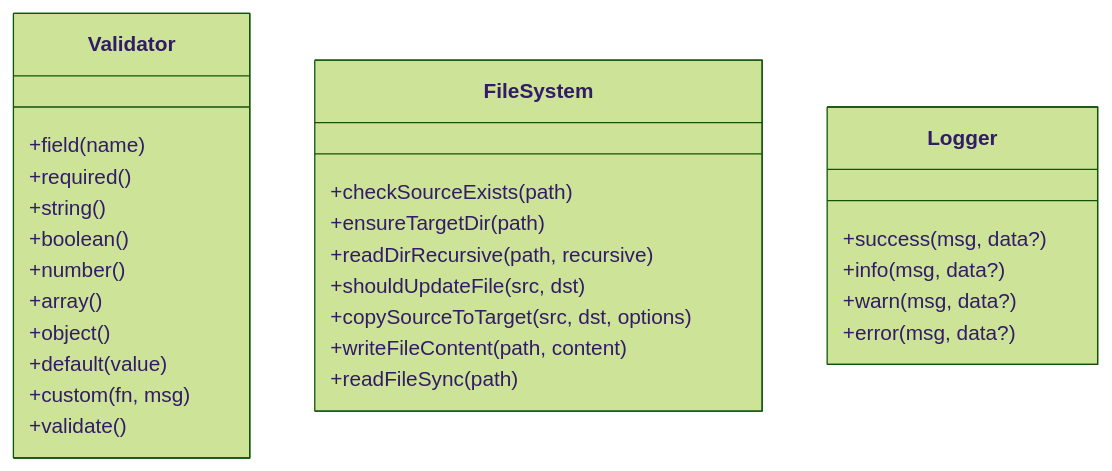
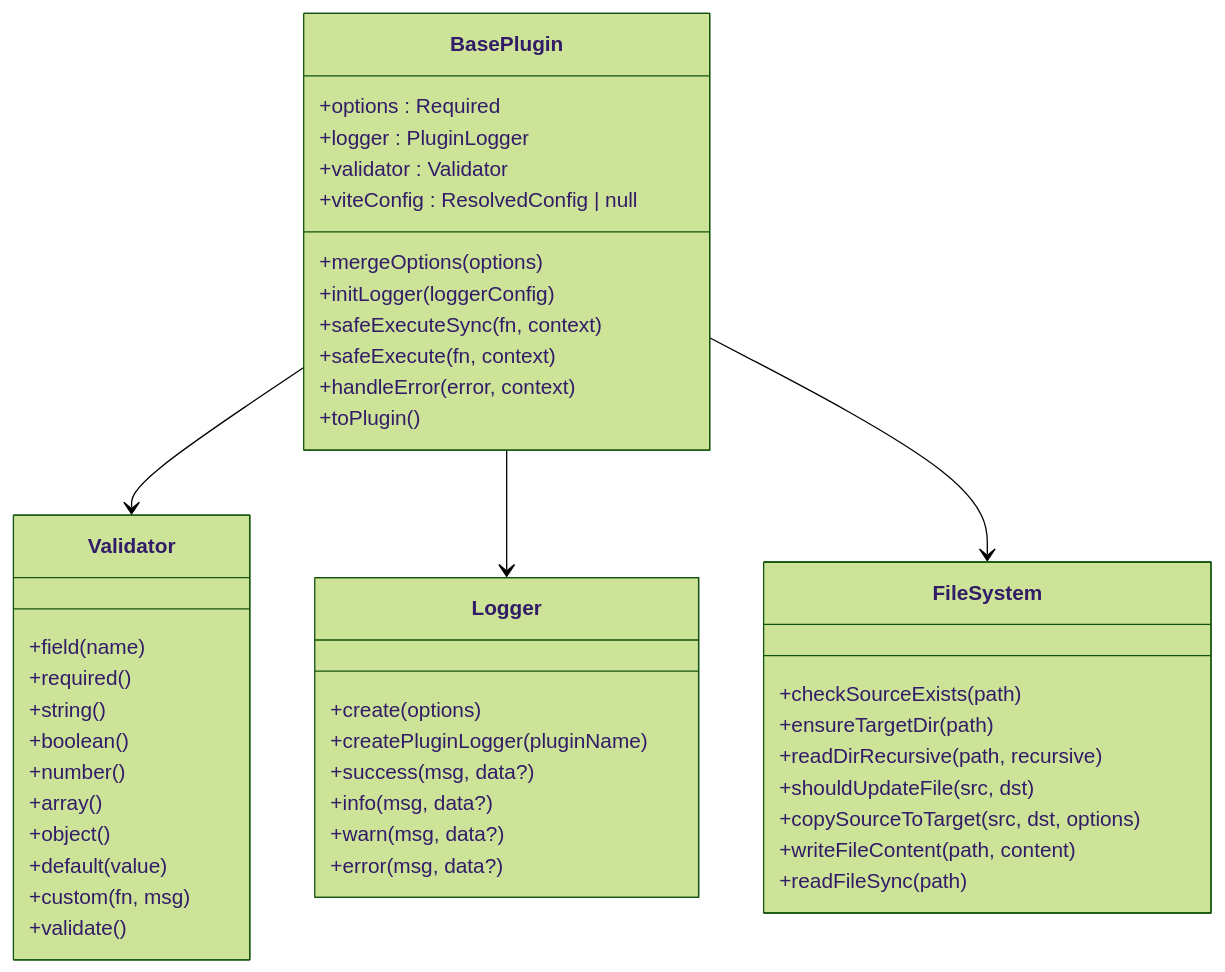
One commit to MengXi-Studio/vite-plugin changed the fifth of 6 diagrams in .qoder/repowiki/zh/content/故障排除.md. Above: the diagram before and after it, drawn with Mermaid (forest theme). The commit also changed other lines of this file and 6 other files, not shown here.

````diff
--- a/.qoder/repowiki/zh/content/故障排除.md
+++ b/.qoder/repowiki/zh/content/故障排除.md
@@ -224,30 +236,47 @@
 ```mermaid
 classDiagram
+class BasePlugin {
++options : Required<T>
++logger : PluginLogger
++validator : Validator<T>
++viteConfig : ResolvedConfig | null
++mergeOptions(options)
++initLogger(loggerConfig)
++safeExecuteSync(fn, context)
++safeExecute(fn, context)
++handleError(error, context)
++toPlugin()
+}
 class Validator {
 +field(name)
 +required()
 +string()
 +boolean()
 +number()
 +array()
 +object()
 +default(value)
 +custom(fn, msg)
 +validate()
 }
 class FileSystem {
 +checkSourceExists(path)
 +ensureTargetDir(path)
 +readDirRecursive(path, recursive)
 +shouldUpdateFile(src, dst)
 +copySourceToTarget(src, dst, options)
 +writeFileContent(path, content)
 +readFileSync(path)
 }
 class Logger {
++create(options)
++createPluginLogger(pluginName)
 +success(msg, data?)
 +info(msg, data?)
 +warn(msg, data?)
 +error(msg, data?)
 }
+BasePlugin --> Validator
+BasePlugin --> Logger
+BasePlugin --> FileSystem
 ```
````
